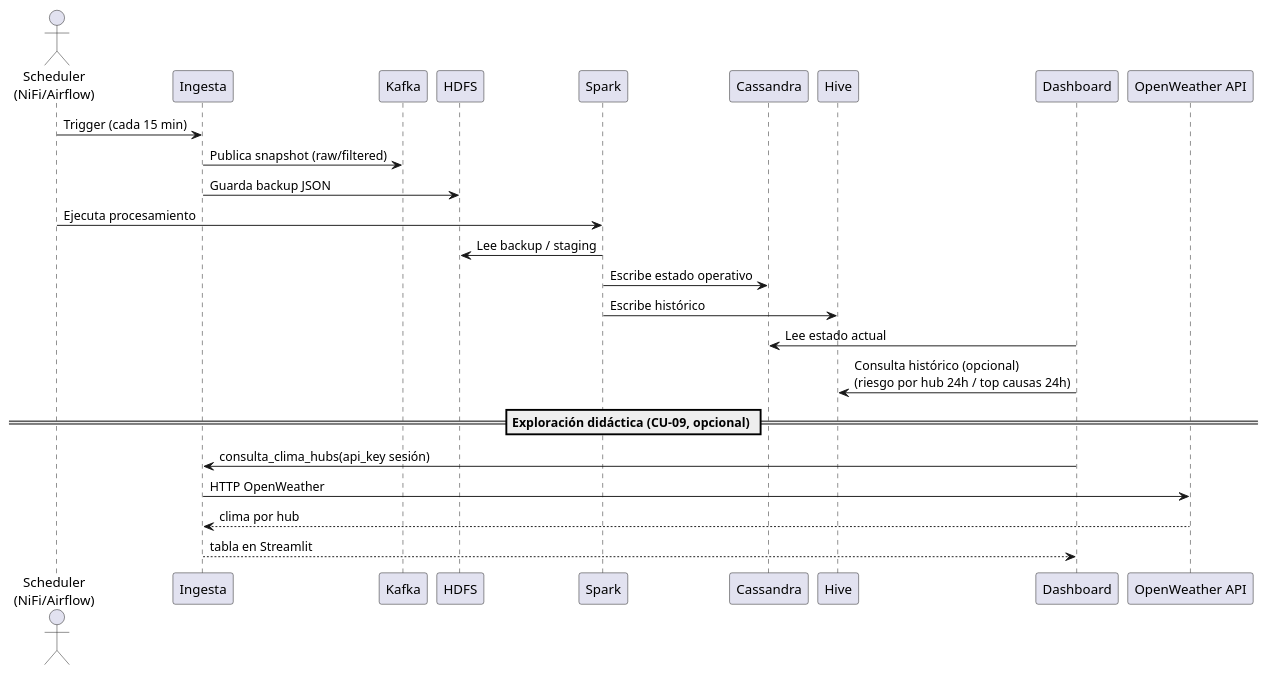
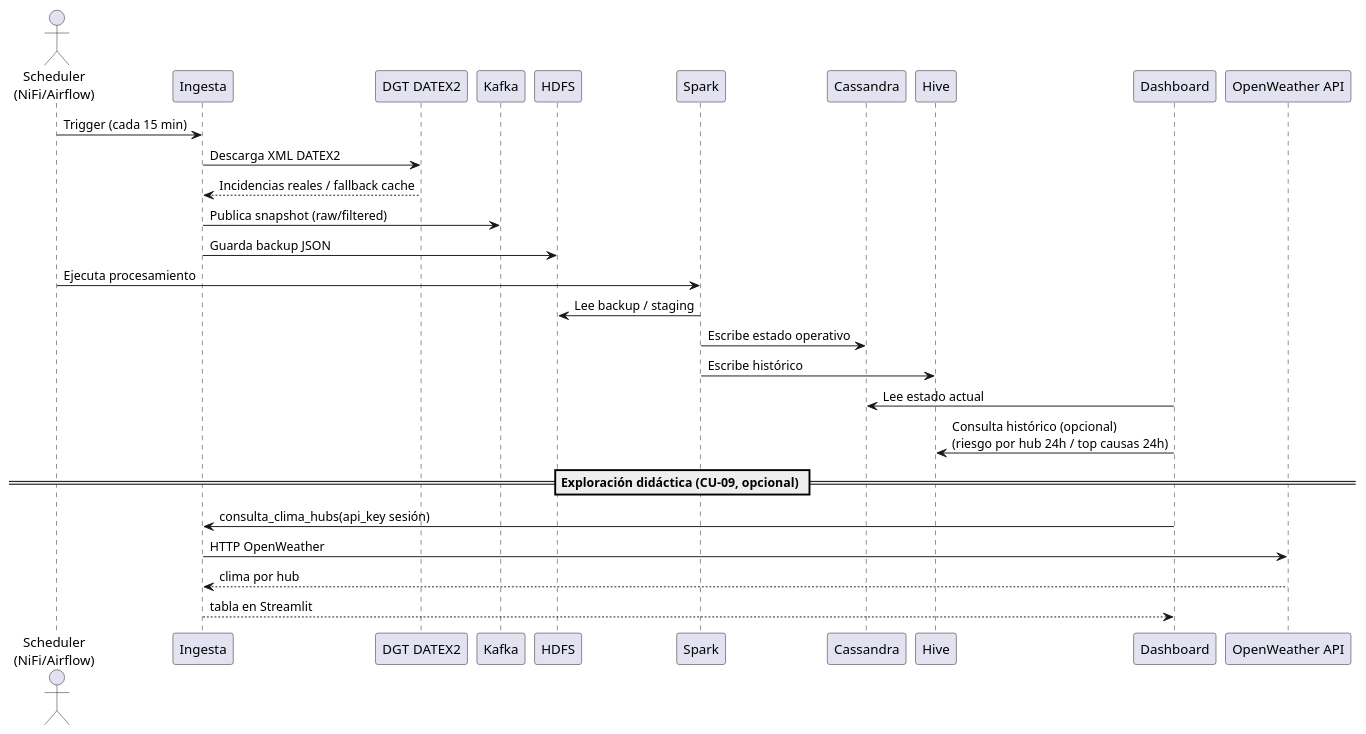
The diagram in docs/uml/secuencia_kdd_15min.puml (gracobjo/proyecto_transporte_global_standalone), drawn with PlantUML before and after one commit. The commit also changed 31 other files, not shown here.

First line of the commit message:
feat(dgt/nifi/docs): integrar DATEX2 DGT en el pipeline

```diff
--- a/docs/uml/secuencia_kdd_15min.puml
+++ b/docs/uml/secuencia_kdd_15min.puml
@@ -1,28 +1,31 @@
 @startuml
 actor "Scheduler\n(NiFi/Airflow)" as SCH
 participant "Ingesta" as ING
+participant "DGT DATEX2" as DGT
 participant "Kafka" as K
 participant "HDFS" as H
 participant "Spark" as S
 participant "Cassandra" as C
 participant "Hive" as HV
 participant "Dashboard" as UI
 participant "OpenWeather API" as OWM
 
 SCH -> ING: Trigger (cada 15 min)
+ING -> DGT: Descarga XML DATEX2
+DGT --> ING: Incidencias reales / fallback cache
 ING -> K: Publica snapshot (raw/filtered)
 ING -> H: Guarda backup JSON
 SCH -> S: Ejecuta procesamiento
 S -> H: Lee backup / staging
 S -> C: Escribe estado operativo
 S -> HV: Escribe histórico
 UI -> C: Lee estado actual
 UI -> HV: Consulta histórico (opcional)\n(riesgo por hub 24h / top causas 24h)
 
 == Exploración didáctica (CU-09, opcional) ==
 UI -> ING: consulta_clima_hubs(api_key sesión)
 ING -> OWM: HTTP OpenWeather
 OWM --> ING: clima por hub
 ING --> UI: tabla en Streamlit
 
 @enduml
```
